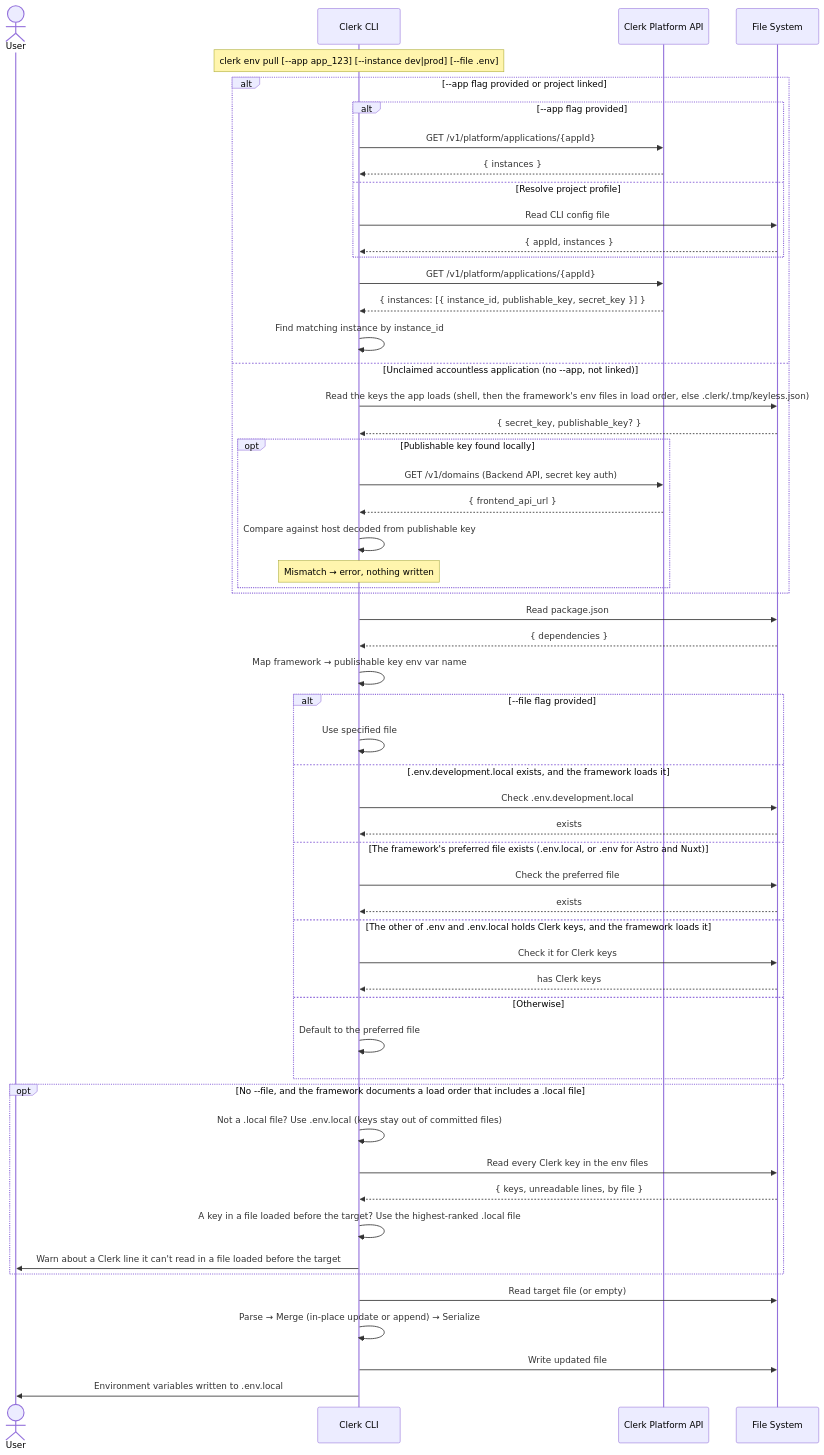
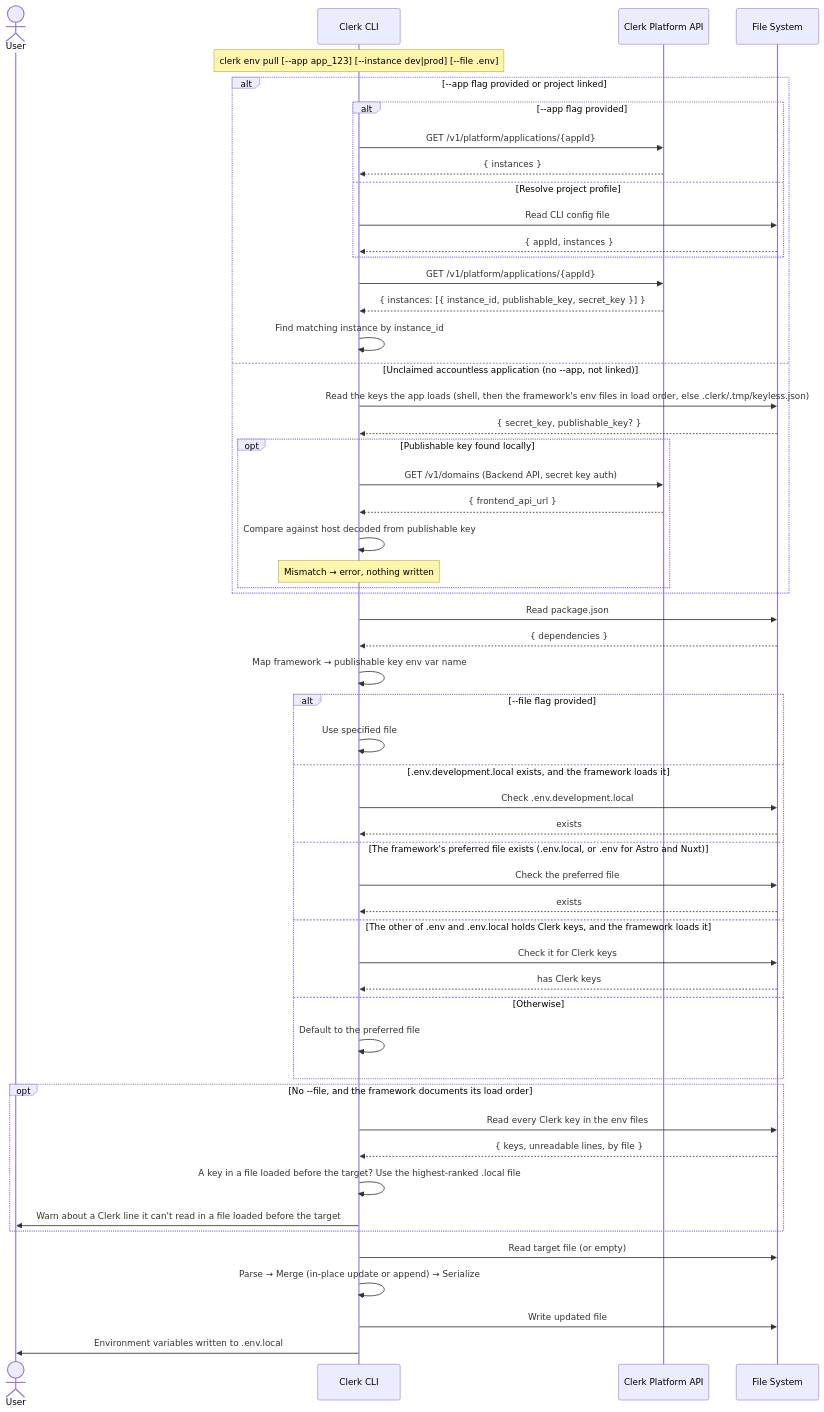
The diagram in packages/cli-core/src/commands/env/README.md (clerk/cli), drawn with Mermaid before and after one commit. The commit also changed other lines of this file and 4 other files, not shown here.

````diff
--- a/packages/cli-core/src/commands/env/README.md
+++ b/packages/cli-core/src/commands/env/README.md
@@ -30,67 +30,66 @@
 ```mermaid
 sequenceDiagram
     actor User
     participant CLI as Clerk CLI
     participant API as Clerk Platform API
     participant FS as File System
 
     Note over CLI: clerk env pull [--app app_123] [--instance dev|prod] [--file .env]
 
     alt --app flag provided or project linked
         alt --app flag provided
             CLI->>API: GET /v1/platform/applications/{appId}
             API-->>CLI: { instances }
         else Resolve project profile
             CLI->>FS: Read CLI config file
             FS-->>CLI: { appId, instances }
         end
 
         %% Fetch application with keys
         CLI->>API: GET /v1/platform/applications/{appId}
         API-->>CLI: { instances: [{ instance_id, publishable_key, secret_key }] }
         CLI->>CLI: Find matching instance by instance_id
     else Unclaimed accountless application (no --app, not linked)
         CLI->>FS: Read the keys the app loads (shell, then the framework's env files in load order, else .clerk/.tmp/keyless.json)
         FS-->>CLI: { secret_key, publishable_key? }
         opt Publishable key found locally
             CLI->>API: GET /v1/domains (Backend API, secret key auth)
             API-->>CLI: { frontend_api_url }
             CLI->>CLI: Compare against host decoded from publishable key
             Note over CLI: Mismatch → error, nothing written
         end
     end
 
     %% Detect framework
     CLI->>FS: Read package.json
     FS-->>CLI: { dependencies }
     CLI->>CLI: Map framework → publishable key env var name
 
     %% Resolve target file (only files the framework loads, when it documents its order)
     alt --file flag provided
         CLI->>CLI: Use specified file
     else .env.development.local exists, and the framework loads it
         CLI->>FS: Check .env.development.local
         FS-->>CLI: exists
     else The framework's preferred file exists (.env.local, or .env for Astro and Nuxt)
         CLI->>FS: Check the preferred file
         FS-->>CLI: exists
     else The other of .env and .env.local holds Clerk keys, and the framework loads it
         CLI->>FS: Check it for Clerk keys
         FS-->>CLI: has Clerk keys
     else Otherwise
         CLI->>CLI: Default to the preferred file
     end
-    opt No --file, and the framework documents a load order that includes a .local file
-        CLI->>CLI: Not a .local file? Use .env.local (keys stay out of committed files)
+    opt No --file, and the framework documents its load order
         CLI->>FS: Read every Clerk key in the env files
         FS-->>CLI: { keys, unreadable lines, by file }
         CLI->>CLI: A key in a file loaded before the target? Use the highest-ranked .local file
         CLI->>User: Warn about a Clerk line it can't read in a file loaded before the target
     end
 
     %% Read, merge, write
     CLI->>FS: Read target file (or empty)
     CLI->>CLI: Parse → Merge (in-place update or append) → Serialize
     CLI->>FS: Write updated file
     CLI->>User: Environment variables written to .env.local
 ```
````
